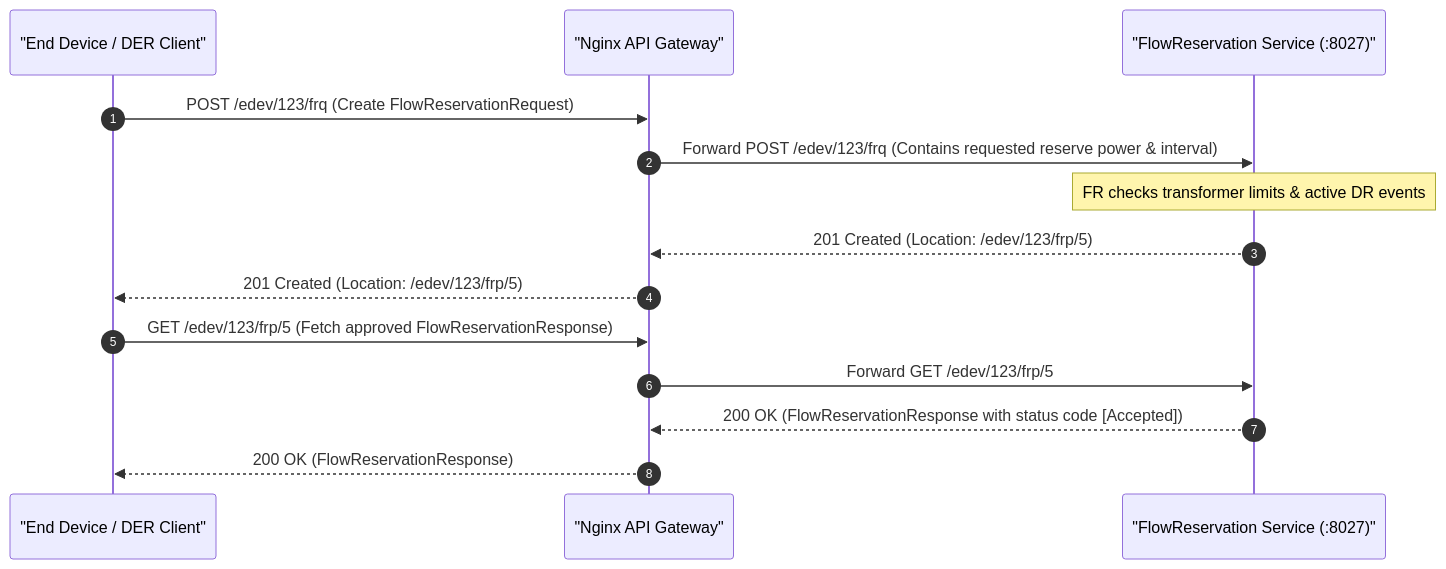
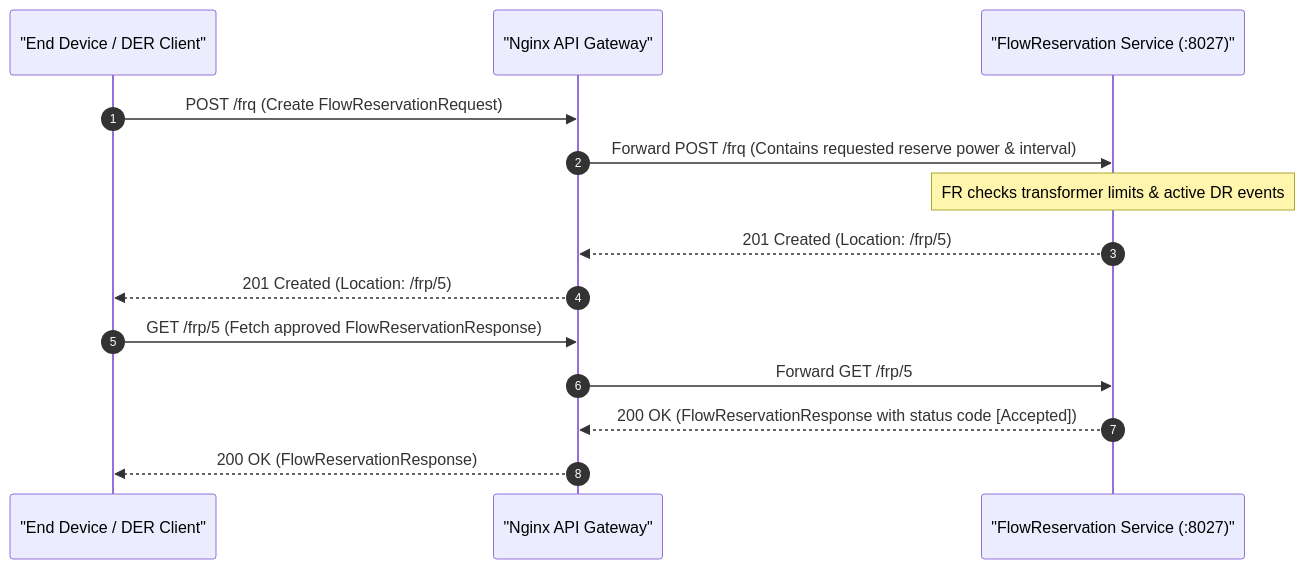
One commit to Tylores/egot changed the second of 5 diagrams in lifecycles/reserve.md. Above: the diagram before and after it, drawn with Mermaid. The commit also changed other lines of this file and 18 other files, not shown here.

````diff
--- a/lifecycles/reserve.md
+++ b/lifecycles/reserve.md
@@ -42,18 +42,18 @@
 ```mermaid
 sequenceDiagram
     autonumber
     participant Client as "End Device / DER Client"
     participant GW as "Nginx API Gateway"
     participant FR as "FlowReservation Service (:8027)"
 
-    Client->>GW: POST /edev/123/frq (Create FlowReservationRequest)
-    GW->>FR: Forward POST /edev/123/frq (Contains requested reserve power & interval)
+    Client->>GW: POST /frq (Create FlowReservationRequest)
+    GW->>FR: Forward POST /frq (Contains requested reserve power & interval)
     Note over FR: FR checks transformer limits & active DR events
-    FR-->>GW: 201 Created (Location: /edev/123/frp/5)
-    GW-->>Client: 201 Created (Location: /edev/123/frp/5)
+    FR-->>GW: 201 Created (Location: /frp/5)
+    GW-->>Client: 201 Created (Location: /frp/5)
 
-    Client->>GW: GET /edev/123/frp/5 (Fetch approved FlowReservationResponse)
-    GW->>FR: Forward GET /edev/123/frp/5
+    Client->>GW: GET /frp/5 (Fetch approved FlowReservationResponse)
+    GW->>FR: Forward GET /frp/5
     FR-->>GW: 200 OK (FlowReservationResponse with status code [Accepted])
     GW-->>Client: 200 OK (FlowReservationResponse)
 ```
````
